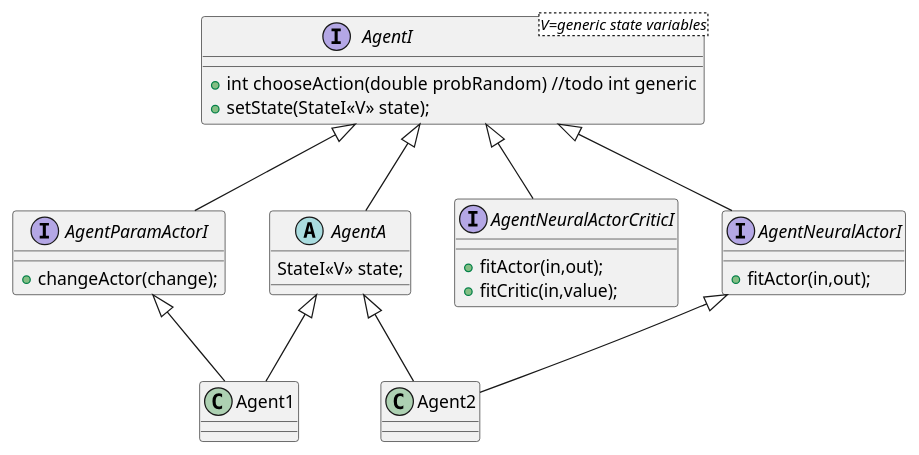
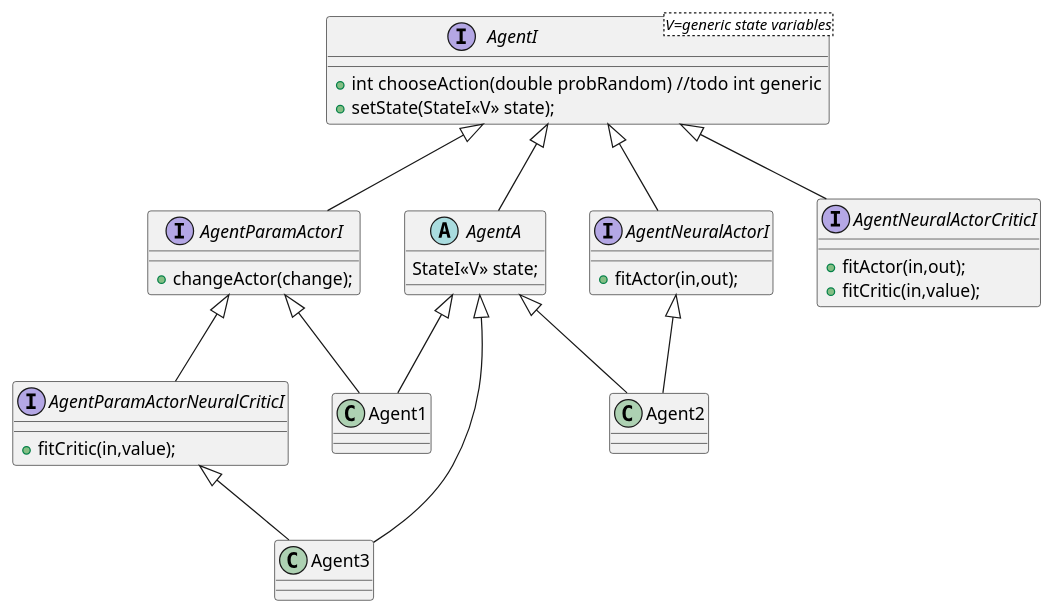
Before and after one commit to JonasHellgren/MachineLearning: the diagram in src/main/java/policy_gradient_problems/class_diagrams/agent.puml, drawn with PlantUML. The commit also changed 138 other files, not shown here.

Commit message:
MultistepNeuralAgentHelper

```diff
--- a/src/main/java/policy_gradient_problems/class_diagrams/agent.puml
+++ b/src/main/java/policy_gradient_problems/class_diagrams/agent.puml
@@ -1,37 +1,45 @@
 @startuml
 'https://plantuml.com/class-diagram
 
 interface AgentI<V=generic state variables> {
 + int chooseAction(double probRandom)  //todo int generic
 + setState(StateI<<V>> state);
 '/ + double readValue(StateI<<V>> state);  //todo needed?
 }
 
 interface AgentParamActorI {
 + changeActor(change);
 }
 
 interface AgentNeuralActorI {
 + fitActor(in,out);
 }
 
 interface AgentNeuralActorCriticI {
 + fitActor(in,out);
 + fitCritic(in,value);
 }
 
+
+interface AgentParamActorNeuralCriticI extends AgentParamActorI {
++ fitCritic(in,value);
+}
+
+
 abstract class AgentA {
 '/    EnvironmentI<<V>> environment;
     StateI<<V>> state;
 }
 
 AgentI <|-- AgentA
 AgentI <|-- AgentParamActorI
 AgentI <|-- AgentNeuralActorI
 AgentI <|-- AgentNeuralActorCriticI
 AgentA  <|-- Agent1
 AgentA  <|-- Agent2
+AgentA  <|-- Agent3
 AgentParamActorI  <|-- Agent1
 AgentNeuralActorI  <|-- Agent2
+AgentParamActorNeuralCriticI <|-- Agent3
 
 @enduml
```
